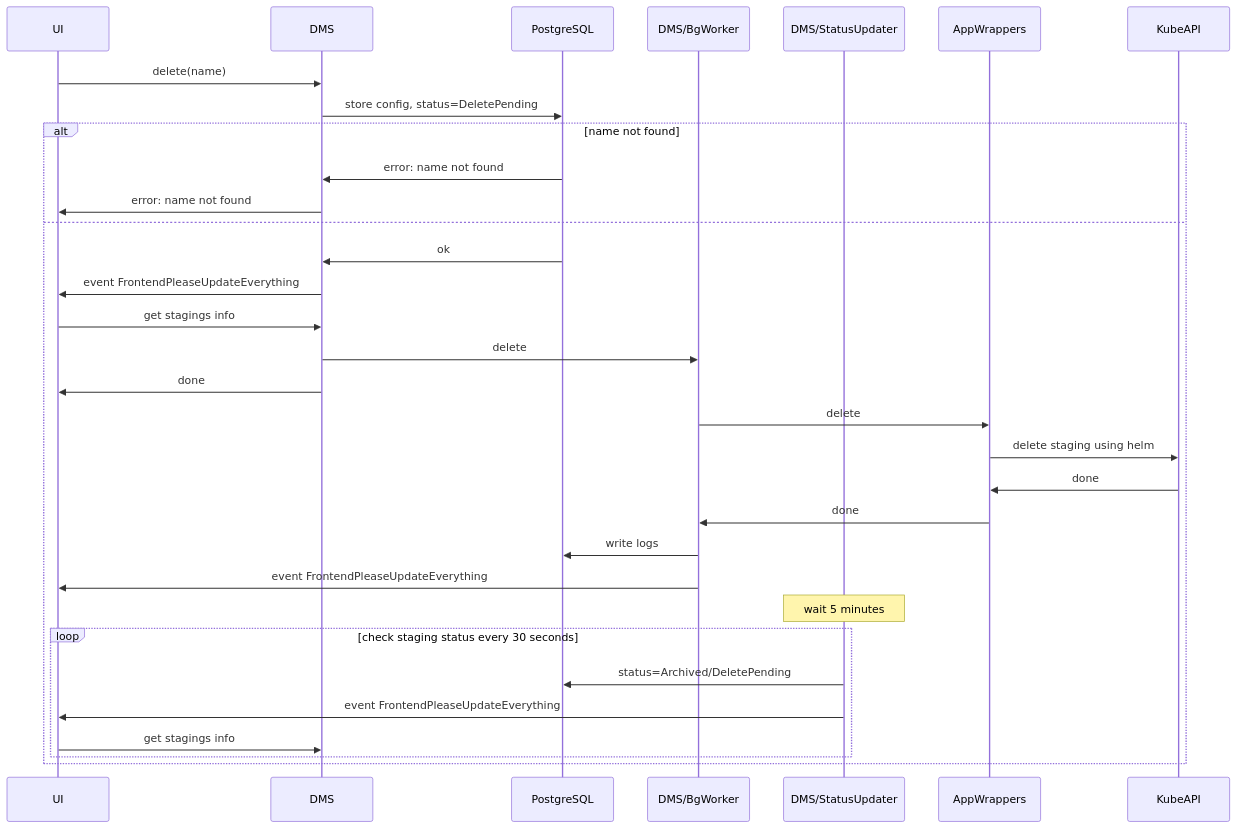
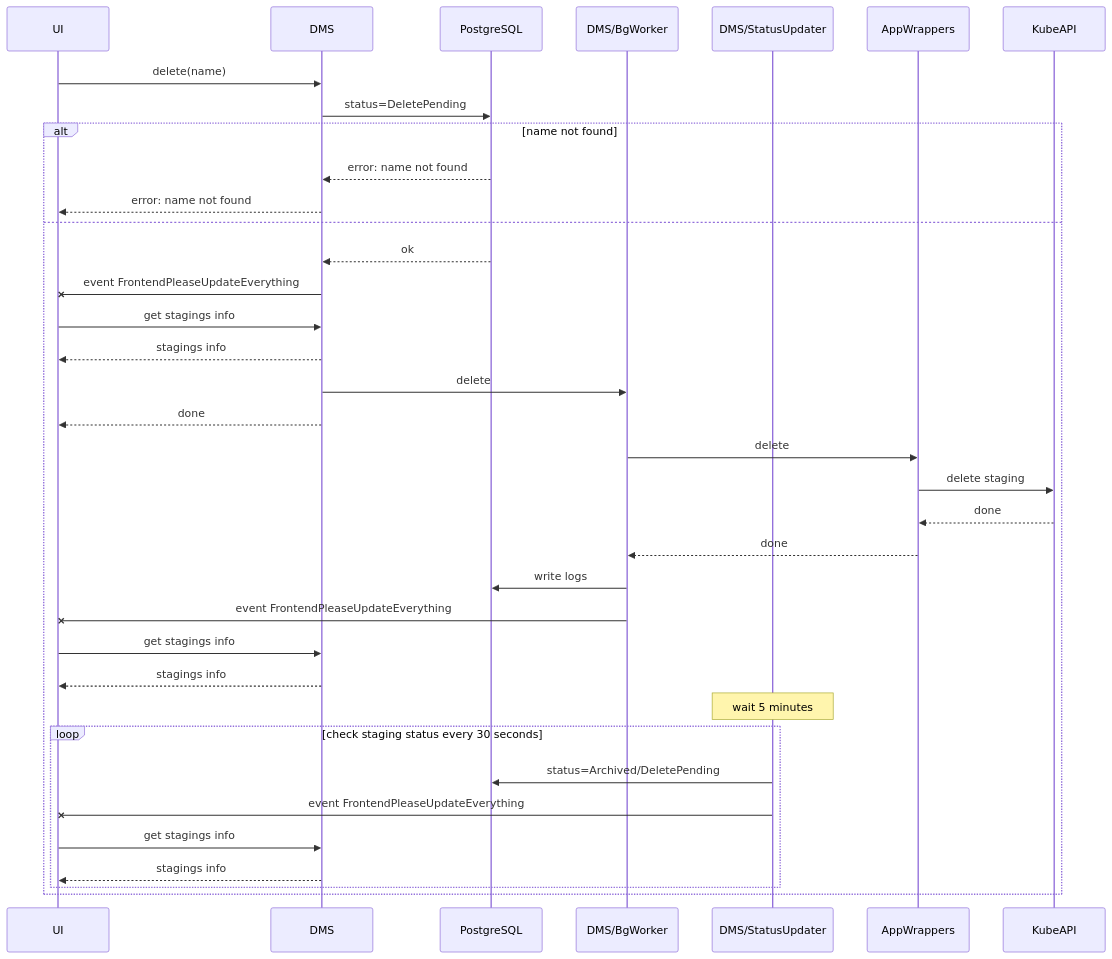
One commit to typeable/octopod changed the diagram in docs/diagrams/src/technical-architecture-delete-via-ui.mmd. Above: the diagram before and after it, drawn with Mermaid. The commit also changed 23 other files, not shown here.

Commit message:
add 'Files of app wrappers' section, change arrows style of sequence diagrams

```diff
--- a/docs/diagrams/src/technical-architecture-delete-via-ui.mmd
+++ b/docs/diagrams/src/technical-architecture-delete-via-ui.mmd
@@ -1,32 +1,36 @@
 sequenceDiagram
     participant UI
     participant DMS
     participant PostgreSQL
     participant DMS/BgWorker
     participant DMS/StatusUpdater
     participant AppWrappers
     participant KubeAPI
     UI->>DMS: delete(name)
-    DMS->>PostgreSQL: store config, status=DeletePending
+    DMS->>PostgreSQL: status=DeletePending
     alt name not found
-        PostgreSQL->>DMS: error: name not found
-        DMS->>UI: error: name not found
+        PostgreSQL-->>DMS: error: name not found
+        DMS-->>UI: error: name not found
     else
-        PostgreSQL->>DMS: ok
-        DMS->>UI: event FrontendPleaseUpdateEverything
+        PostgreSQL-->>DMS: ok
+        DMS-xUI: event FrontendPleaseUpdateEverything
         UI->>DMS: get stagings info
+        DMS-->>UI: stagings info
         DMS->>DMS/BgWorker: delete
-        DMS->>UI: done
+        DMS-->>UI: done
         DMS/BgWorker->>AppWrappers: delete
-        AppWrappers->>KubeAPI: delete staging using helm
-        KubeAPI->>AppWrappers: done
-        AppWrappers->>DMS/BgWorker: done
+        AppWrappers->>KubeAPI: delete staging
+        KubeAPI-->>AppWrappers: done
+        AppWrappers-->>DMS/BgWorker: done
         DMS/BgWorker->>PostgreSQL: write logs
-        DMS/BgWorker->>UI: event FrontendPleaseUpdateEverything
+        DMS/BgWorker-xUI: event FrontendPleaseUpdateEverything
+        UI->>DMS: get stagings info
+        DMS-->>UI: stagings info
         Note over DMS/StatusUpdater: wait 5 minutes
         loop check staging status every 30 seconds
             DMS/StatusUpdater->>PostgreSQL: status=Archived/DeletePending
-            DMS/StatusUpdater->>UI: event FrontendPleaseUpdateEverything
+            DMS/StatusUpdater-xUI: event FrontendPleaseUpdateEverything
             UI->>DMS: get stagings info
+            DMS-->>UI: stagings info
         end
     end
```
